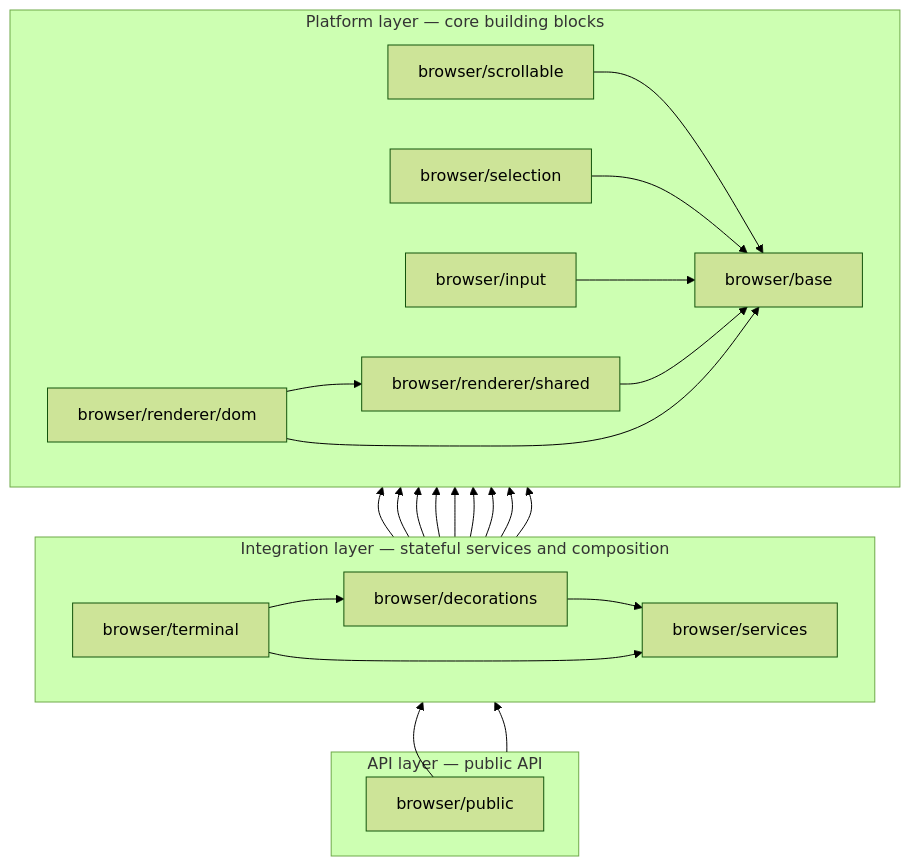
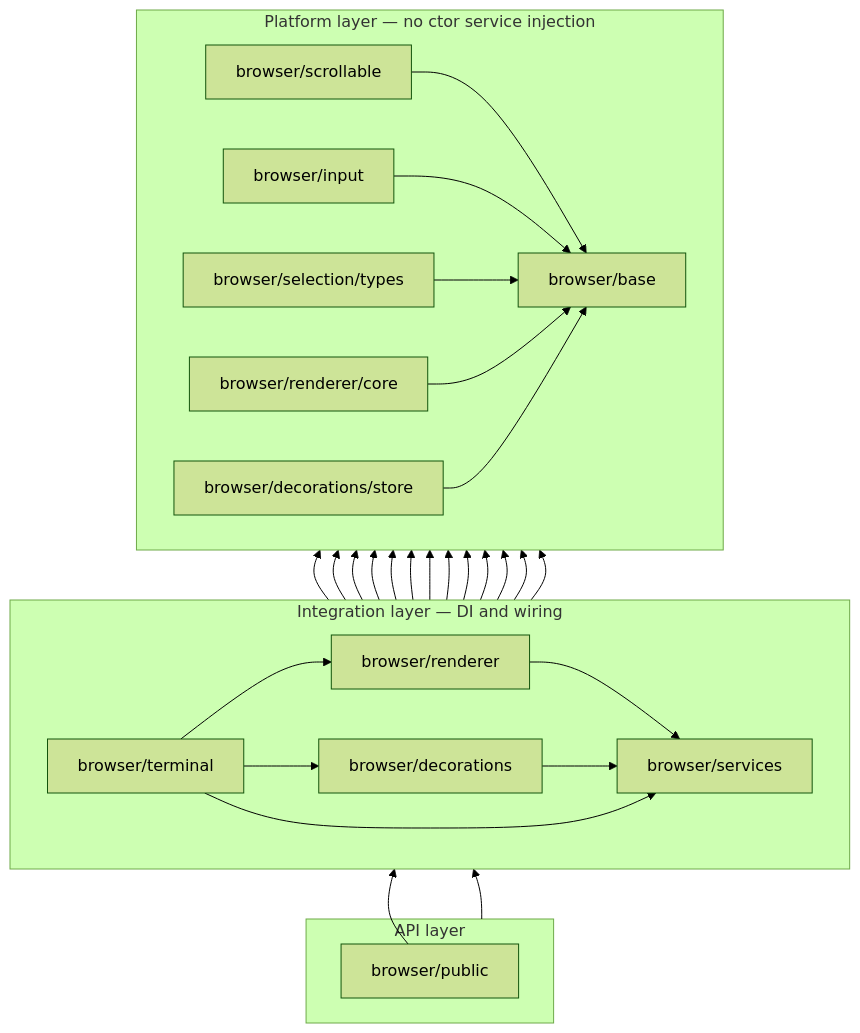
One commit to xtermjs/xterm.js changed the diagram in src/browser/REARCHITECTURE.md. Above: the diagram before and after it, drawn with Mermaid (forest theme). The commit also changed other lines of this file, not shown here.

Commit message:
docs(browser): fix layer rules — renderer/dom is integration, not platform

````diff
--- a/src/browser/REARCHITECTURE.md
+++ b/src/browser/REARCHITECTURE.md
@@ -7,47 +18,53 @@
 ```mermaid
 flowchart BT
-  subgraph platform["Platform layer — core building blocks"]
+  subgraph platform["Platform layer — no ctor service injection"]
     direction LR
     base["browser/base"]
     scrollable["browser/scrollable"]
-    selection["browser/selection"]
     input["browser/input"]
-    renderShared["browser/renderer/shared"]
-    renderDom["browser/renderer/dom"]
+    selectionTypes["browser/selection/types"]
+    renderCore["browser/renderer/core"]
+    decorStore["browser/decorations/store"]
 
     scrollable --> base
-    selection --> base
     input --> base
-    renderShared --> base
-    renderDom --> renderShared
-    renderDom --> base
+    selectionTypes --> base
+    renderCore --> base
+    decorStore --> base
   end
 
-  subgraph integration["Integration layer — stateful services and composition"]
+  subgraph integration["Integration layer — DI and wiring"]
     direction LR
     services["browser/services"]
+    renderer["browser/renderer"]
     decorations["browser/decorations"]
     terminal["browser/terminal"]
 
     services --> base
-    services --> selection
     services --> input
-    services --> renderShared
+    services --> selectionTypes
+    services --> renderCore
+    services --> decorStore
+    renderer --> services
+    renderer --> renderCore
+    renderer --> base
     decorations --> services
+    decorations --> decorStore
+    decorations --> renderCore
     terminal --> services
+    terminal --> renderer
     terminal --> decorations
     terminal --> input
-    terminal --> renderDom
     terminal --> scrollable
     terminal --> base
   end
 
-  subgraph api_layer["API layer — public API"]
+  subgraph api_layer["API layer"]
     public["browser/public"]
   end
 
   integration --> platform
   api_layer --> integration
 
   public --> terminal
 ```
````
